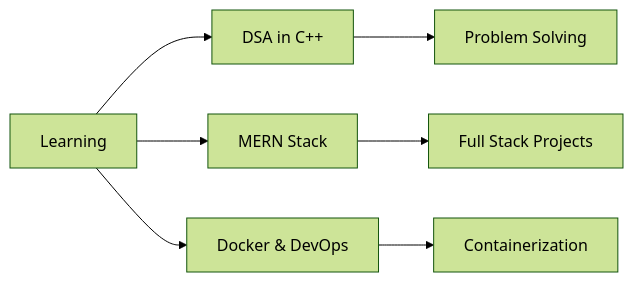
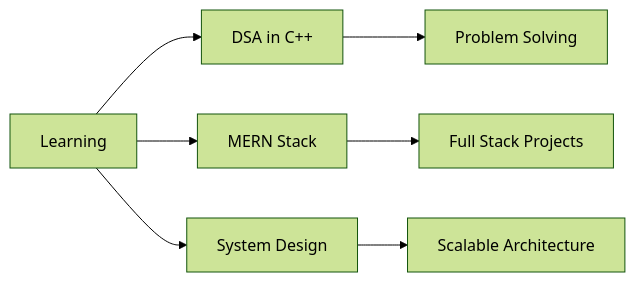
The diagram in README.md (shahidansari310/shahidansari310), drawn with Mermaid (forest theme) before and after one commit. The commit also changed other lines of this file, not shown here.

````diff
--- a/README.md
+++ b/README.md
@@ -154,9 +159,9 @@
 ```mermaid
 graph LR
     A[Learning] --> B[DSA in C++]
     A --> C[MERN Stack]
-    A --> D[Docker & DevOps]
+    A --> D[System Design]
     B --> E[Problem Solving]
     C --> F[Full Stack Projects]
-    D --> G[Containerization]
+    D --> G[Scalable Architecture]
 ```
````
